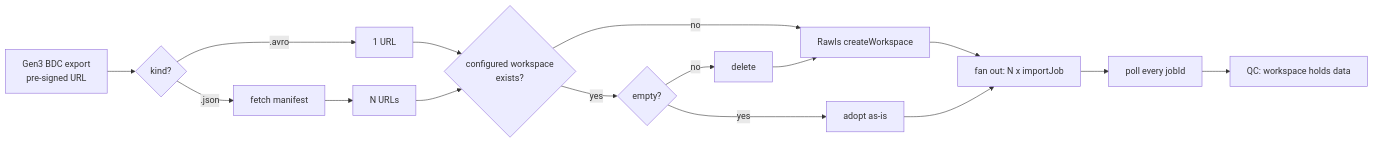
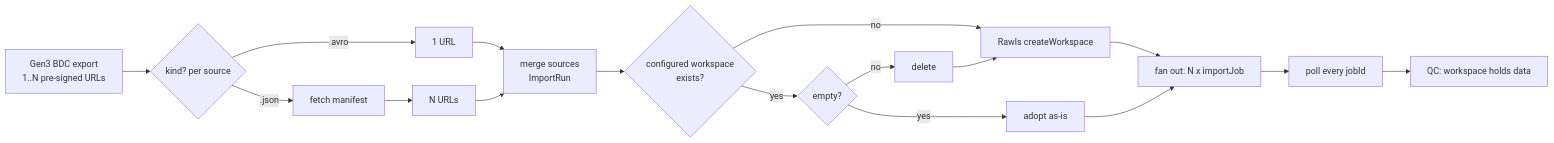
The diagram in docs/import_flow.md (mbaumann-broad/terra-multiple-pfb-import), drawn with Mermaid before and after one commit. The commit also changed other lines of this file and 9 other files, not shown here.

First line of the commit message:
support multi avro for testing.  Note Refused: Signed URL 'https://nih-nhlbi-biodata-catalyst-tutorial-genome-data.s3.amazonaws.com/tutorial-synthetic_data_set_1.avro' is not from an allow-listed source for tier 'prod'. Refusing to deliver it.

````diff
--- a/docs/import_flow.md
+++ b/docs/import_flow.md
@@ -28,16 +52,17 @@
 ```mermaid
 flowchart LR
-  G[Gen3 BDC export<br/>pre-signed URL] --> B{kind?}
+  G[Gen3 BDC export<br/>1..N pre-signed URLs] --> B{kind? per source}
   B -- .avro --> R[1 URL]
   B -- .json --> F[fetch manifest] --> R2[N URLs]
-  R --> WS{configured workspace<br/>exists?}
-  R2 --> WS
+  R --> M[merge sources<br/>ImportRun]
+  R2 --> M
+  M --> WS{configured workspace<br/>exists?}
   WS -- no --> C[Rawls createWorkspace]
   WS -- yes --> E{empty?}
   E -- yes --> C2[adopt as-is]
   E -- no --> X[delete] --> C
   C --> D[fan out: N x importJob]
   C2 --> D
   D --> P[poll every jobId]
   P --> Q[QC: workspace holds data]
 ```
````
